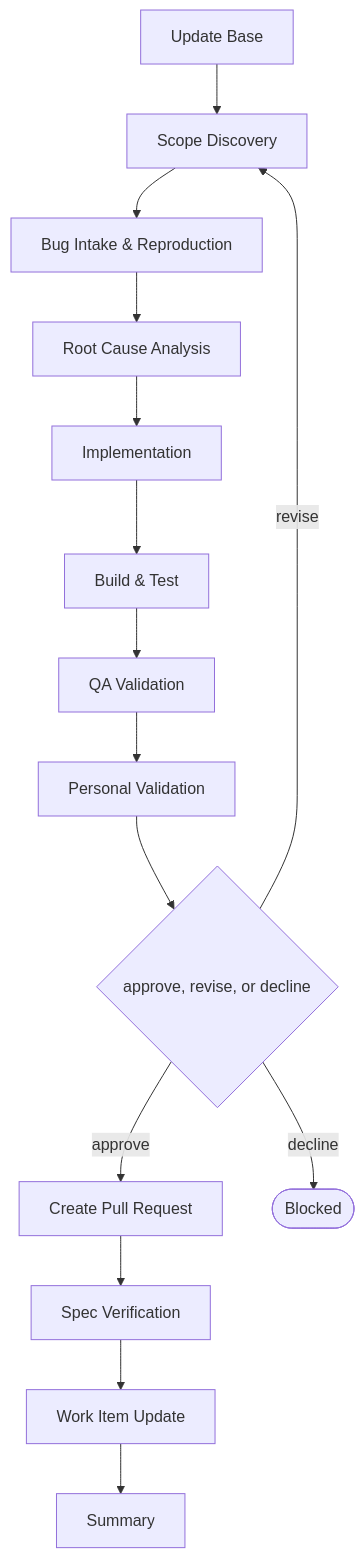
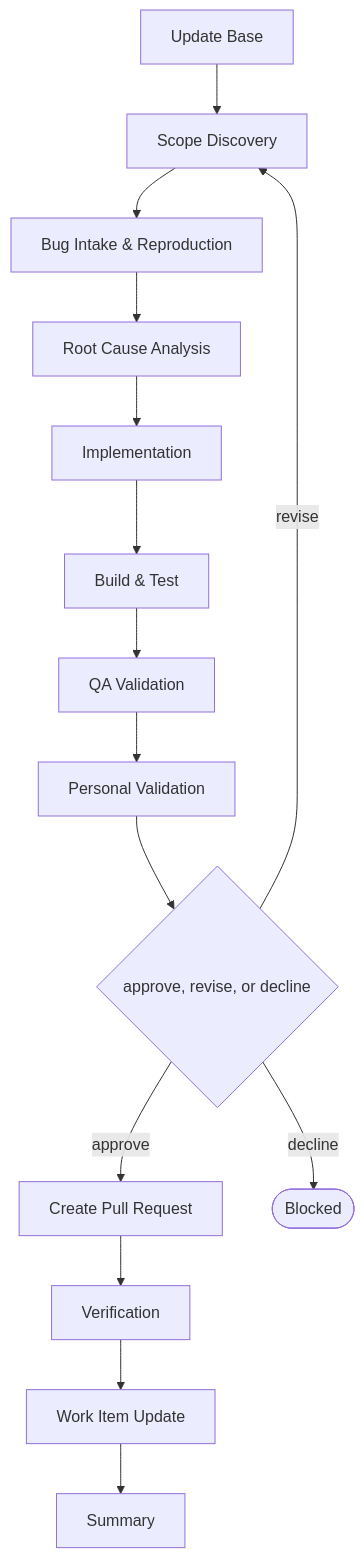
Before and after one commit to JSdotNet/devbook: the diagram in .devbook/domain/delivery/flow.flow-bug.md, drawn with Mermaid. The commit also changed 30 other files, not shown here.

````diff
--- a/.devbook/domain/delivery/flow.flow-bug.md
+++ b/.devbook/domain/delivery/flow.flow-bug.md
@@ -14,30 +14,30 @@
 ```mermaid
 flowchart TD
     base["Update Base"]
     s0["Scope Discovery"]
     s1["Bug Intake & Reproduction"]
     s2["Root Cause Analysis"]
     s3["Implementation"]
     c0["Build & Test"]
     c1["QA Validation"]
     c2["Personal Validation"]
 
     base --> s0
     s0 --> s1
     s1 --> s2
     s2 --> s3
     s3 --> c0
     c0 --> c1
     c1 --> c2
     c2 --> g{"approve, revise, or decline"}
     t0["Create Pull Request"]
-    t1["Spec Verification"]
+    t1["Verification"]
     t2["Work Item Update"]
     t3["Summary"]
     g -->|approve| t0
     t0 --> t1
     t1 --> t2
     t2 --> t3
     g -->|revise| s0
     g -->|decline| blocked(["Blocked"])
 ```
````
